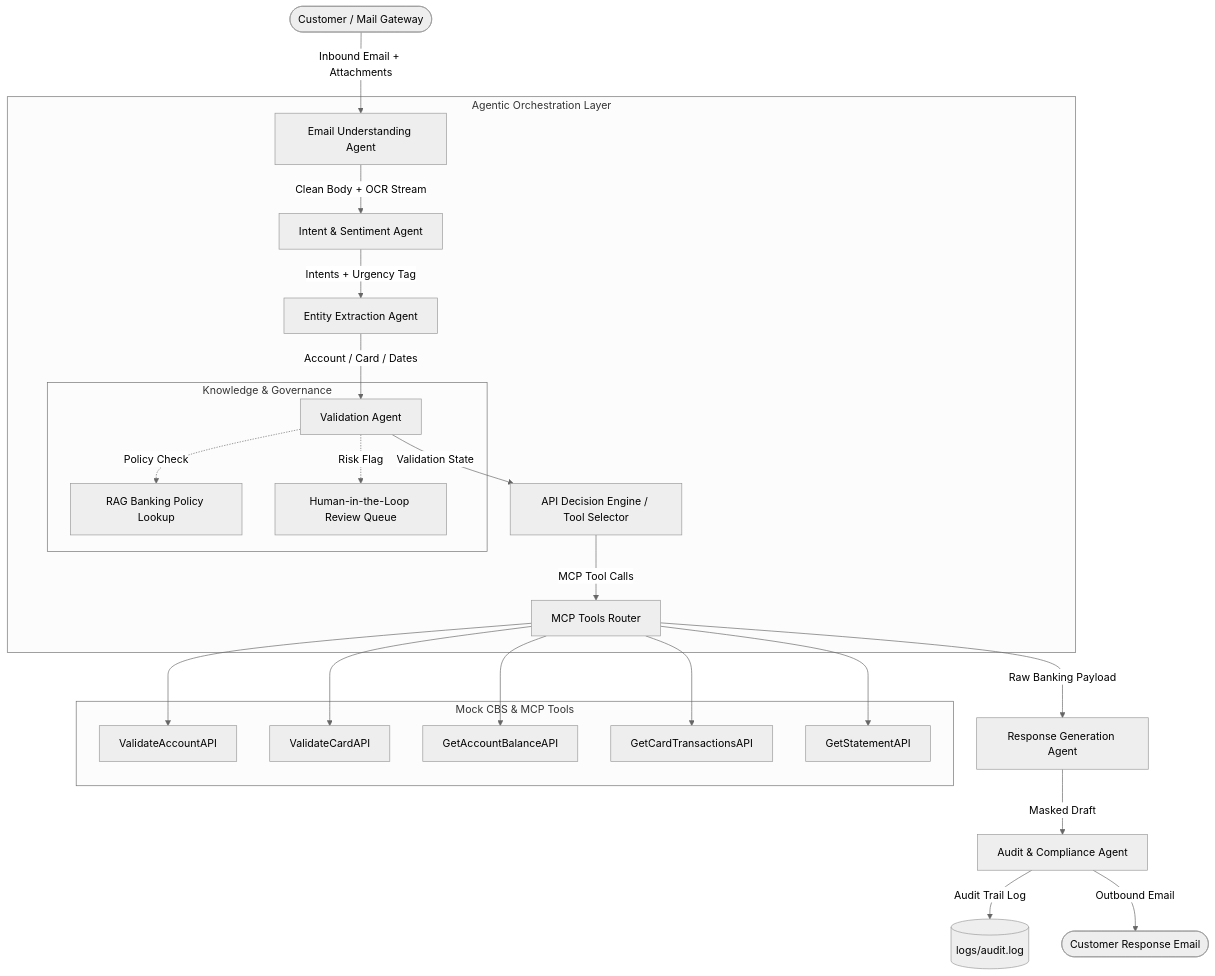
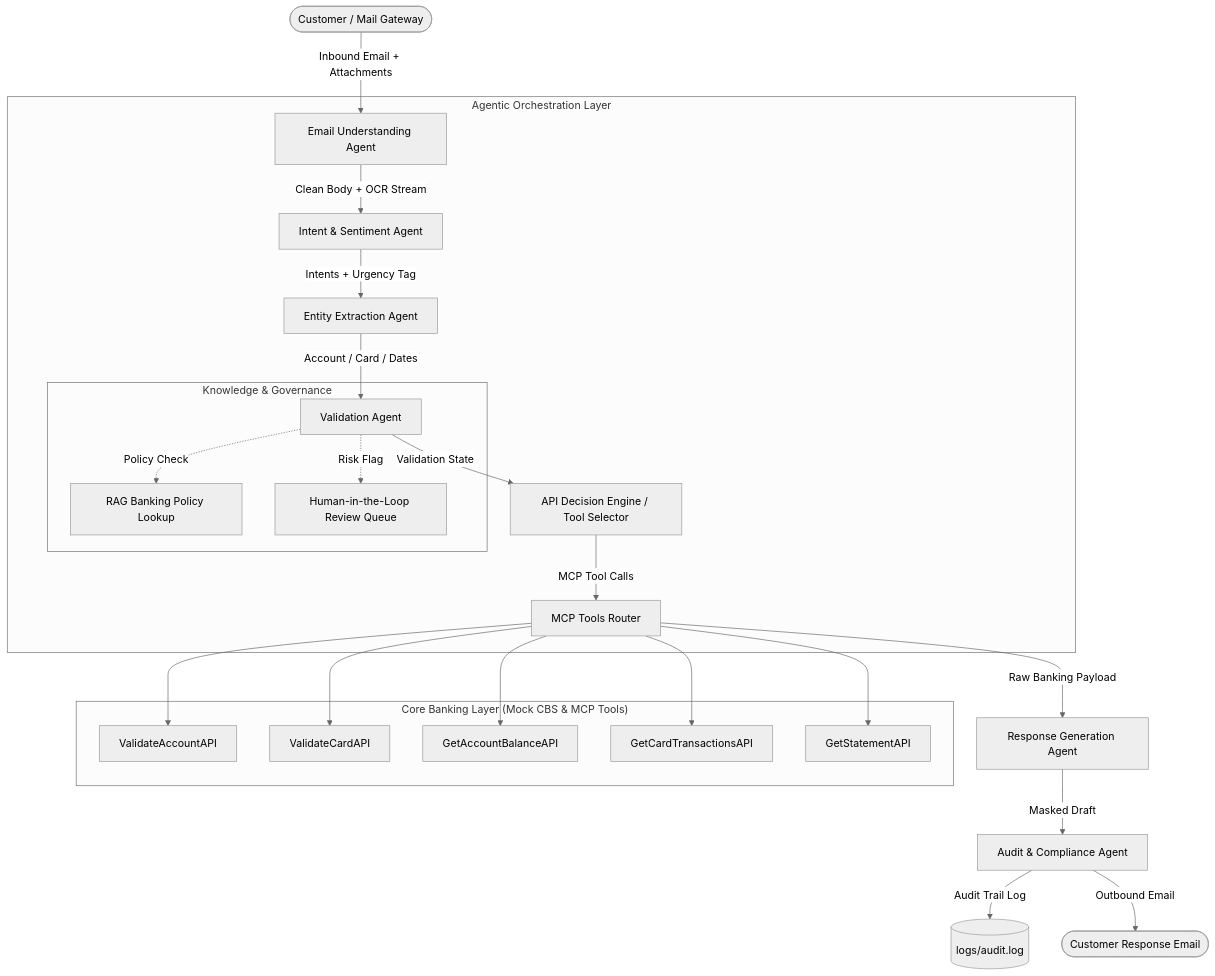
One commit to roshan9900/email_automation changed the first of 2 diagrams in docs/architecture.md. Above: the diagram before and after it, drawn with Mermaid (neutral theme). The commit also changed 2 other files, not shown here.

Commit message:
fix(docs): update mermaid syntax for seamless github rendering

````diff
--- a/docs/architecture.md
+++ b/docs/architecture.md
@@ -15,33 +15,33 @@
 ```mermaid
 graph TD
     User([Customer / Mail Gateway]) -->|Inbound Email + Attachments| Ingest[Email Understanding Agent]
     
-    subgraph Agentic Orchestration Layer
+    subgraph OrchestrationLayer ["Agentic Orchestration Layer"]
         Ingest -->|Clean Body + OCR Stream| IntentSent[Intent & Sentiment Agent]
         IntentSent -->|Intents + Urgency Tag| NER[Entity Extraction Agent]
         NER -->|Account / Card / Dates| Val[Validation Agent]
         
         Val -->|Validation State| Decision[API Decision Engine / Tool Selector]
         
-        subgraph Knowledge & Governance
+        subgraph KnowledgeGovernance ["Knowledge & Governance"]
             Val -.->|Policy Check| RAG[RAG Banking Policy Lookup]
             Val -.->|Risk Flag| HITL[Human-in-the-Loop Review Queue]
         end
         
         Decision -->|MCP Tool Calls| CBS
     end
     
-    subgraph Core Banking Layer [Mock CBS & MCP Tools]
+    subgraph CoreBankingLayer ["Core Banking Layer (Mock CBS & MCP Tools)"]
         CBS[MCP Tools Router]
         CBS --> API1[ValidateAccountAPI]
         CBS --> API2[ValidateCardAPI]
         CBS --> API3[GetAccountBalanceAPI]
         CBS --> API4[GetCardTransactionsAPI]
         CBS --> API5[GetStatementAPI]
     end
     
     CBS -->|Raw Banking Payload| RespGen[Response Generation Agent]
     RespGen -->|Masked Draft| Audit[Audit & Compliance Agent]
     Audit -->|Audit Trail Log| LogStore[(logs/audit.log)]
     Audit -->|Outbound Email| Dispatch([Customer Response Email])
 ```
````
